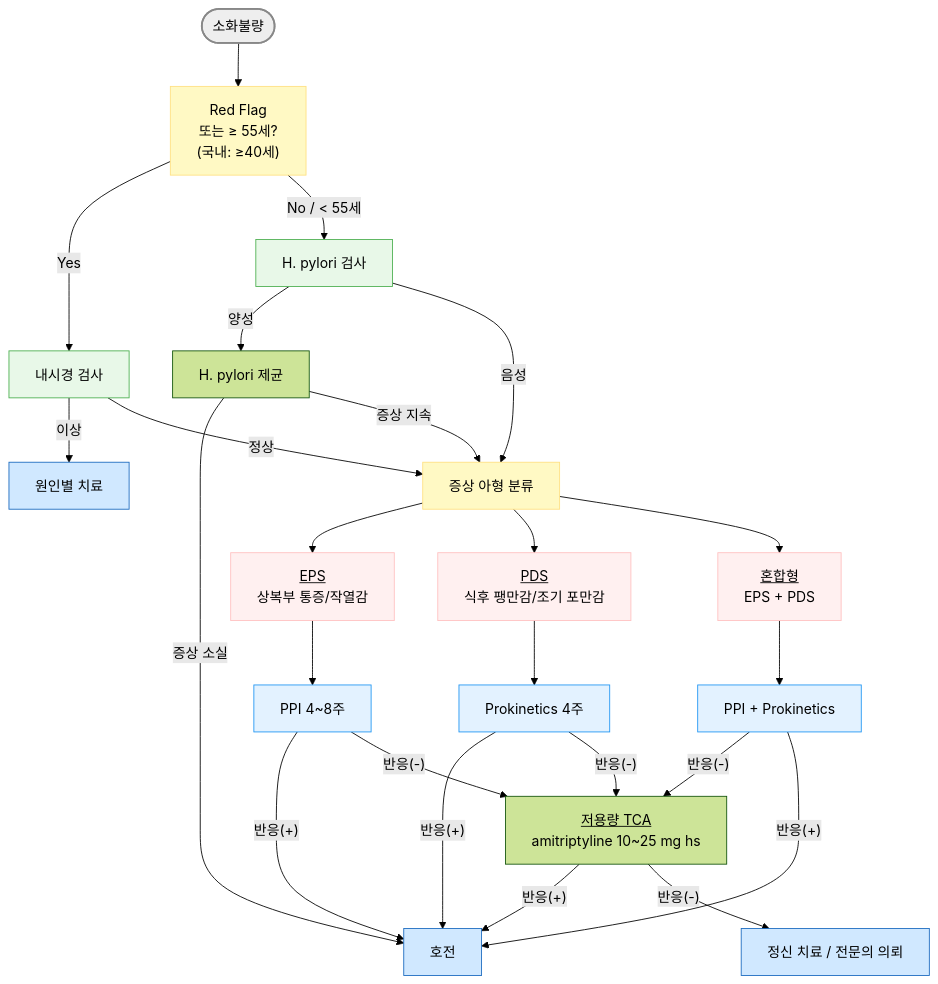
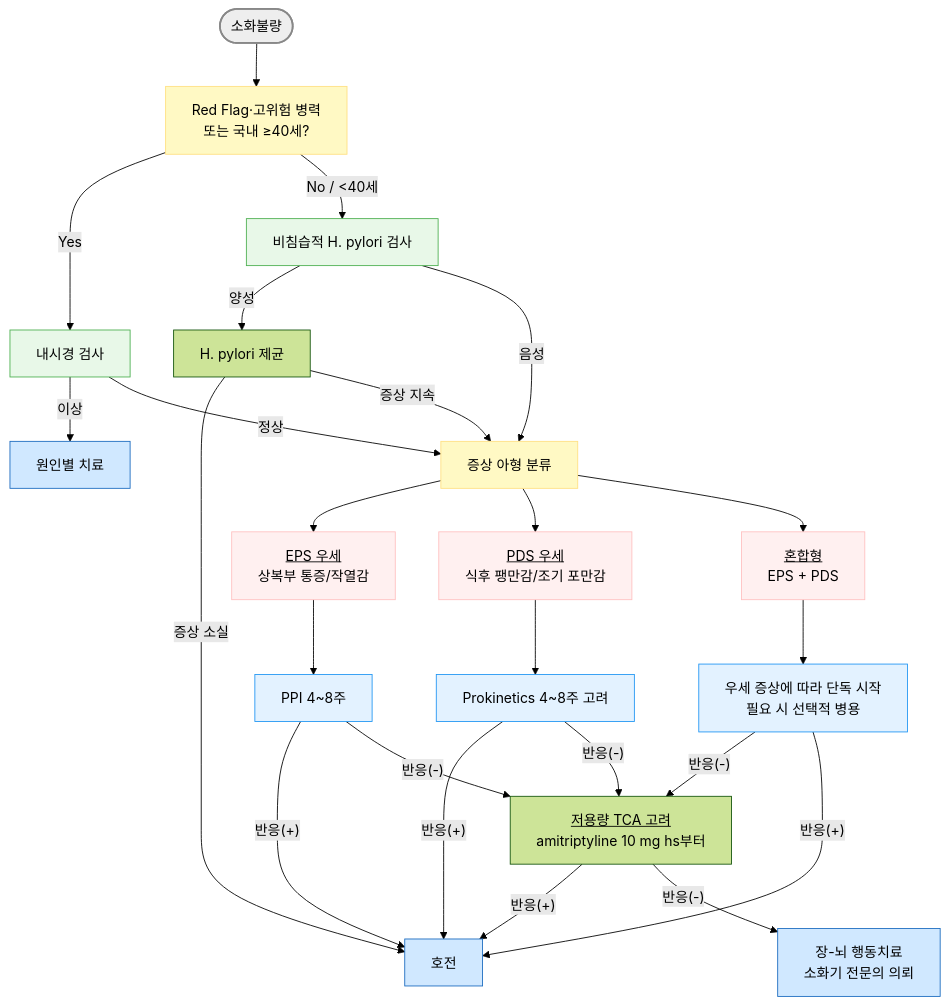
Before and after one commit to familyoh77/familyoh77: the diagram in 224_/075_-indigestion-dyspepsia.md, drawn with Mermaid (forest theme). The commit also changed other lines of this file and 15 other files, not shown here.

````diff
--- a/224_/075_-indigestion-dyspepsia.md
+++ b/224_/075_-indigestion-dyspepsia.md
@@ -245,45 +228,45 @@
 ```mermaid
 graph TD
-    Start([소화불량]) --> RF["Red Flag<br/>또는 ≥ 55세?<br/>(국내: ≥40세)"]
+    Start([소화불량]) --> RF["Red Flag·고위험 병력<br/>또는 국내 ≥40세?"]
     RF -- "Yes" --> Endo["내시경 검사"]
-    RF -- "No / < 55세" --> HpTest["H. pylori 검사"]
+    RF -- "No / <40세" --> HpTest["비침습적 H. pylori 검사"]
 
     Endo -- "이상" --> CauseTx["원인별 치료"]
     Endo -- "정상" --> Pheno
 
     HpTest -- "양성" --> HpErad["H. pylori 제균"]
     HpTest -- "음성" --> Pheno["증상 아형 분류"]
     HpErad -- "증상 소실" --> Done["호전"]
     HpErad -- "증상 지속" --> Pheno
 
-    Pheno --> EPS["<u>EPS</u><br/>상복부 통증/작열감"]
-    Pheno --> PDS["<u>PDS</u><br/>식후 팽만감/조기 포만감"]
+    Pheno --> EPS["<u>EPS 우세</u><br/>상복부 통증/작열감"]
+    Pheno --> PDS["<u>PDS 우세</u><br/>식후 팽만감/조기 포만감"]
     Pheno --> Mix["<u>혼합형</u><br/>EPS + PDS"]
 
     EPS --> PPI["PPI 4~8주"]
-    PDS --> Prokin["Prokinetics 4주"]
-    Mix --> Both["PPI + Prokinetics"]
+    PDS --> Prokin["Prokinetics 4~8주 고려"]
+    Mix --> Both["우세 증상에 따라 단독 시작<br/>필요 시 선택적 병용"]
 
     PPI -- "반응(+)" --> Done
     Prokin -- "반응(+)" --> Done
 
 
-    PPI -- "반응(-)" --> TCA["<u>저용량 TCA</u><br/>amitriptyline 10~25 mg hs"]
+    PPI -- "반응(-)" --> TCA["<u>저용량 TCA 고려</u><br/>amitriptyline 10 mg hs부터"]
     Prokin -- "반응(-)" --> TCA
     Both -- "반응(-)" --> TCA
     Both -- "반응(+)" --> Done
     TCA -- "반응(+)" --> Done
-    TCA -- "반응(-)" --> Psych["정신 치료 / 전문의 의뢰"]
+    TCA -- "반응(-)" --> Psych["장-뇌 행동치료<br/>소화기 전문의 의뢰"]
 
     style Start fill:#eeeeee,stroke:#888888,stroke-width:2px
     classDef yellow fill:#fff9c4,stroke:#ffe082
     class RF,Pheno yellow
     classDef green fill:#e8f8e8,stroke:#4caf50
     class HpTest,Endo green
     classDef pink fill:#FFF0F0,stroke:#FFC0C0
     class EPS,PDS,Mix pink
     classDef sky fill:#e3f2ff,stroke:#2196f3
     class PPI,Prokin,Both sky
     classDef blue fill:#d0e8ff,stroke:#1a6abf
     class Done,CauseTx,Psych blue
 ```
````
